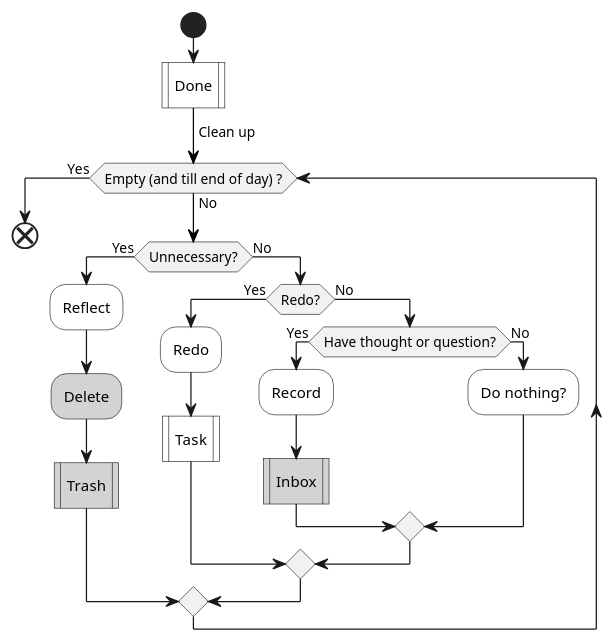
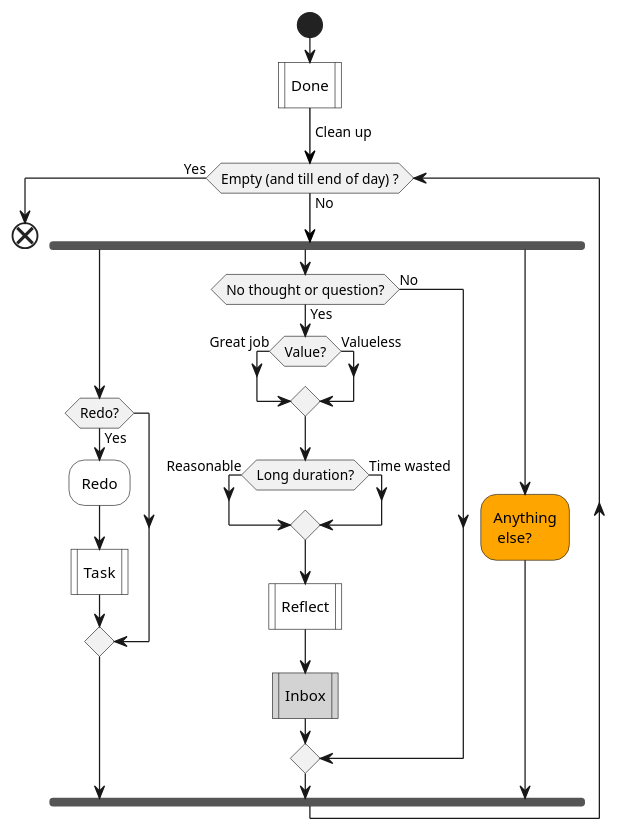
One commit to IceHe/icehe-lib changed the fourth of 4 diagrams in lifelogs/rehabilitation.md. Above: the diagram before and after it, drawn with PlantUML. The commit also changed other lines of this file, not shown here.

````diff
--- a/lifelogs/rehabilitation.md
+++ b/lifelogs/rehabilitation.md
@@ -349,27 +350,30 @@
 ```plantuml
 @startuml
 start
 #white:Done|
 -[#black]-> Clean up;
 while (Empty (and till end of day) ?) is (No)
-    if (Unnecessary?) then (Yes)
-        #white:Reflect;
-        #lightGray:Delete;
-        #lightGray:Trash|
-    else (No)
+    fork
         if (Redo?) then (Yes)
             #white:Redo;
             #white:Task|
+        endif
+    fork again
+        if (No thought or question?) then (Yes)
+            if (Value?) then (Great job)
+            else (Valueless)
+            endif
+            if (Long duration?) then (Reasonable)
+            else (Time wasted)
+            endif
+            #white:Reflect|
+            #lightGray:Inbox|
         else (No)
-            if (Have thought or question?) then (Yes)
-                #white:Record;
-                #lightGray:Inbox|
-            else (No)
-                #white:Do nothing?;
-            endif
         endif
-    endif
+    fork again
+        #orange:Anything\n else?;
+    end fork
 endwhile (Yes)
 end
 @enduml
 ```
````
